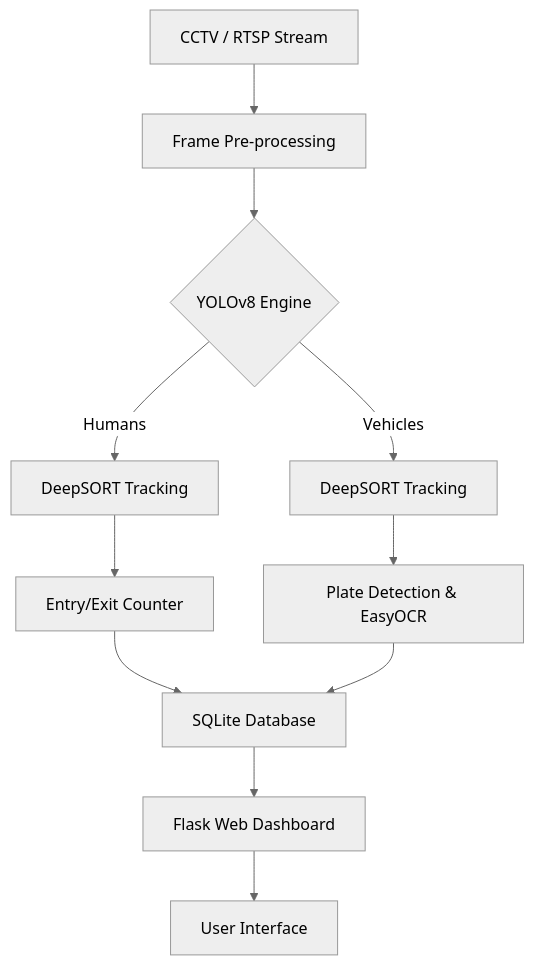
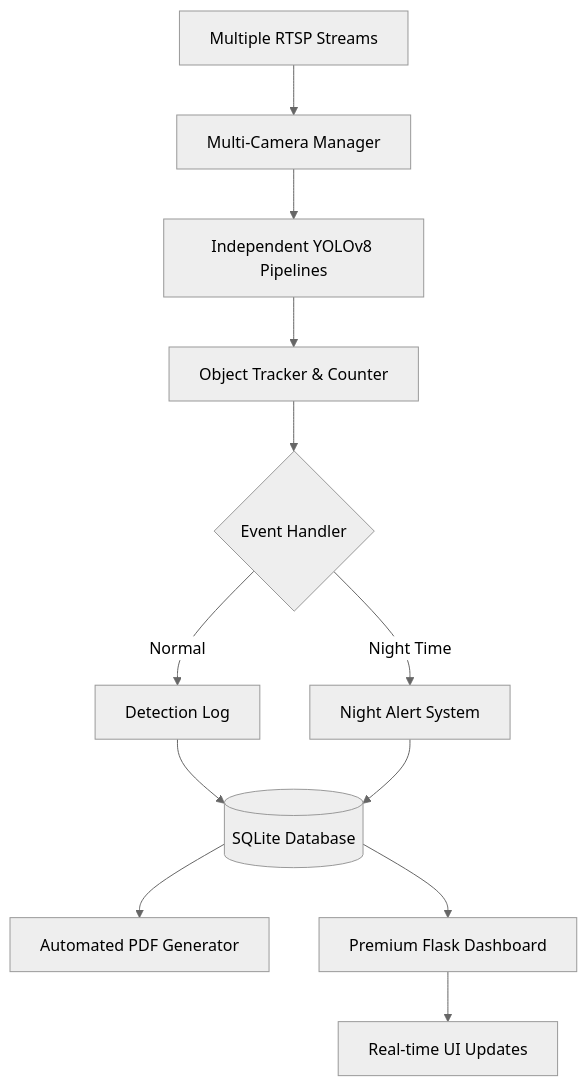
One commit to VishnuVardhanCodes/Smart-Surveillance changed the diagram in README.md. Above: the diagram before and after it, drawn with Mermaid (neutral theme). The commit also changed other lines of this file and 11 other files, not shown here.

````diff
--- a/README.md
+++ b/README.md
@@ -36,13 +31,14 @@
 ```mermaid
 graph TD
-    A[CCTV / RTSP Stream] --> B[Frame Pre-processing]
-    B --> C{YOLOv8 Engine}
-    C -->|Humans| D[DeepSORT Tracking]
-    C -->|Vehicles| E[DeepSORT Tracking]
-    D --> F[Entry/Exit Counter]
-    E --> G[Plate Detection & EasyOCR]
-    F --> H[SQLite Database]
+    A[Multiple RTSP Streams] --> B[Multi-Camera Manager]
+    B --> C[Independent YOLOv8 Pipelines]
+    C --> D[Object Tracker & Counter]
+    D --> E{Event Handler}
+    E -->|Normal| F[Detection Log]
+    E -->|Night Time| G[Night Alert System]
+    F --> H[(SQLite Database)]
     G --> H
-    H --> I[Flask Web Dashboard]
-    I --> J[User Interface]
+    H --> I[Automated PDF Generator]
+    H --> J[Premium Flask Dashboard]
+    J --> K[Real-time UI Updates]
 ```
````
